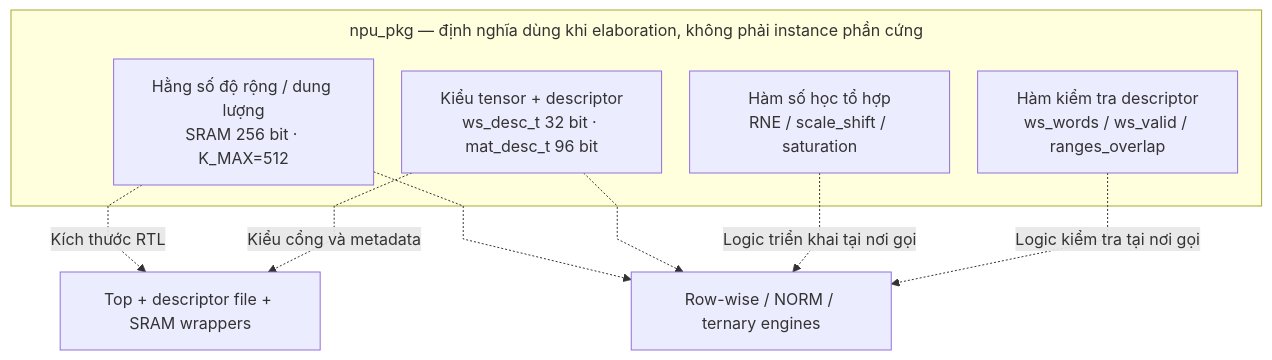
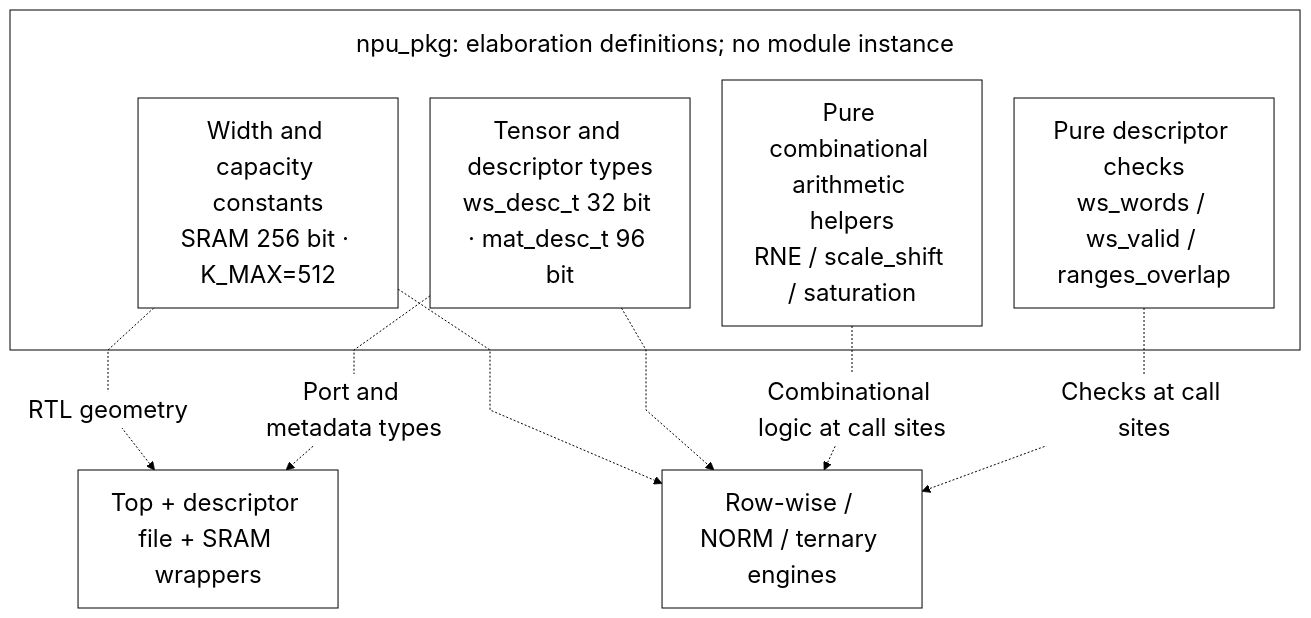
Before and after one commit to nguyennhutkhanhtom/NPU: the first of 2 diagrams in docs/source_guide/blocks/npu_pkg.sv.md, drawn with Mermaid. The commit also changed other lines of this file and 102 other files, not shown here.

First line of the commit message:
docs: refresh guides and source-grounded RTL diagrams

````diff
--- a/docs/source_guide/blocks/npu_pkg.sv.md
+++ b/docs/source_guide/blocks/npu_pkg.sv.md
@@ -15,18 +15,20 @@
 ```mermaid
+%%{init: {"theme":"base","fontFamily":"Arial, sans-serif","themeVariables":{"fontSize":"24px","primaryColor":"#ffffff","primaryTextColor":"#000000","primaryBorderColor":"#000000","secondaryColor":"#ffffff","tertiaryColor":"#ffffff","lineColor":"#000000","textColor":"#000000","mainBkg":"#ffffff","nodeBorder":"#000000","clusterBkg":"#ffffff","clusterBorder":"#000000","edgeLabelBackground":"#ffffff"},"flowchart":{"htmlLabels":true,"useMaxWidth":false,"nodeSpacing":32,"rankSpacing":48,"curve":"linear","subGraphTitleMargin":{"top":16,"bottom":30}}}}%%
 flowchart TB
-%%{init: {"flowchart": {"subGraphTitleMargin": {"top": 8, "bottom": 20}, "nodeSpacing": 28, "rankSpacing": 42, "curve": "linear"}}}%%
-    subgraph PKG["npu_pkg — định nghĩa dùng khi elaboration, không phải instance phần cứng"]
-        SIZE["Hằng số độ rộng / dung lượng<br/>SRAM 256 bit · K_MAX=512"]
-        TYPE["Kiểu tensor + descriptor<br/>ws_desc_t 32 bit · mat_desc_t 96 bit"]
-        ARITH["Hàm số học tổ hợp<br/>RNE / scale_shift / saturation"]
-        CHECK["Hàm kiểm tra descriptor<br/>ws_words / ws_valid / ranges_overlap"]
+subgraph PKG["npu_pkg: elaboration definitions; no module instance"]
+        SIZE["Width and capacity constants<br/>SRAM 256 bit · K_MAX=512"]
+        TYPE["Tensor and descriptor types<br/>ws_desc_t 32 bit · mat_desc_t 96 bit"]
+        ARITH["Pure combinational arithmetic helpers<br/>RNE / scale_shift / saturation"]
+        CHECK["Pure descriptor checks<br/>ws_words / ws_valid / ranges_overlap"]
     end
     TOP["Top + descriptor file + SRAM wrappers"]
     ENGINE["Row-wise / NORM / ternary engines"]
-    SIZE -.->|"Kích thước RTL"| TOP
+    SIZE -.->|"RTL geometry"| TOP
     SIZE -.-> ENGINE
-    TYPE -.->|"Kiểu cổng và metadata"| TOP
+    TYPE -.->|"Port and metadata types"| TOP
     TYPE -.-> ENGINE
-    ARITH -.->|"Logic triển khai tại nơi gọi"| ENGINE
-    CHECK -.->|"Logic kiểm tra tại nơi gọi"| ENGINE
+    ARITH -.->|"Combinational logic at call sites"| ENGINE
+    CHECK -.->|"Checks at call sites"| ENGINE
+    classDef default fill:white,stroke:black,color:black,font-size:24px;
+    linkStyle default stroke:black,color:black;
 ```
````
